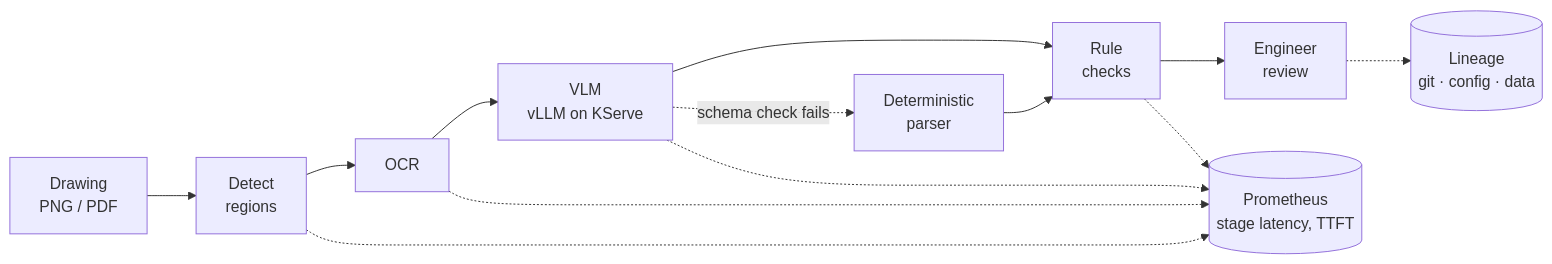
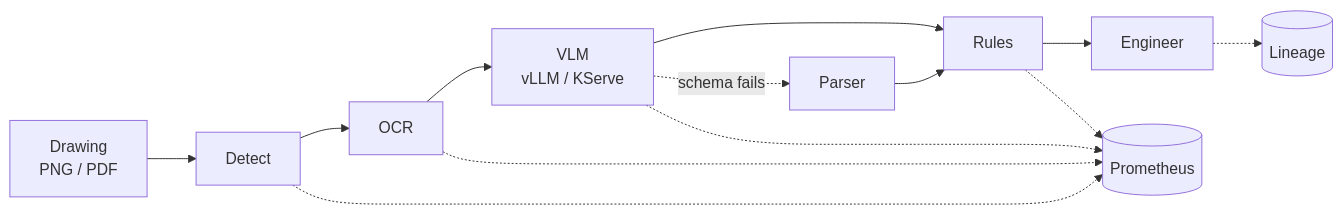
Before and after one commit to lyftium/lyftium: the diagram in README.md, drawn with Mermaid. The commit also changed other lines of this file, not shown here.

````diff
--- a/README.md
+++ b/README.md
@@ -49,12 +67,12 @@
 ```mermaid
 flowchart LR
-    A[Drawing<br/>PNG / PDF] --> B[Detect<br/>regions]
+    A[Drawing<br/>PNG / PDF] --> B[Detect]
     B --> C[OCR]
-    C --> D[VLM<br/>vLLM on KServe]
-    D --> E[Rule<br/>checks]
-    E --> F[Engineer<br/>review]
-    D -. schema check fails .-> P[Deterministic<br/>parser]
+    C --> D[VLM<br/>vLLM / KServe]
+    D --> E[Rules]
+    E --> F[Engineer]
+    D -. schema fails .-> P[Parser]
     P --> E
-    F -.-> L[(Lineage<br/>git · config · data)]
-    B & C & D & E -.-> M[(Prometheus<br/>stage latency, TTFT)]
+    F -.-> L[(Lineage)]
+    B & C & D & E -.-> M[(Prometheus)]
 ```
````
